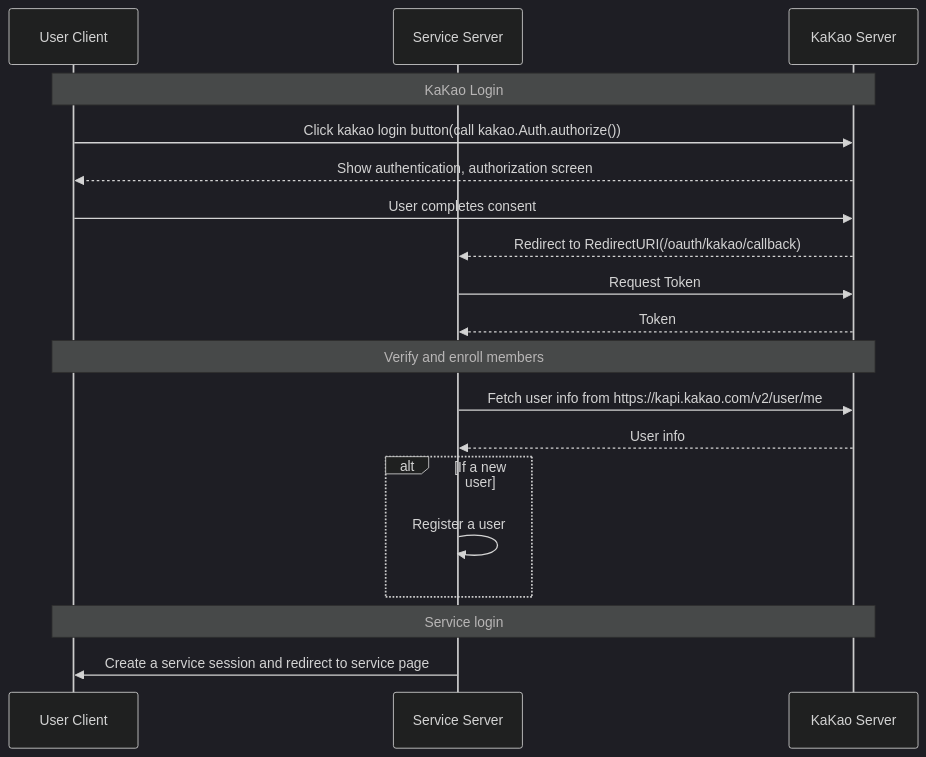
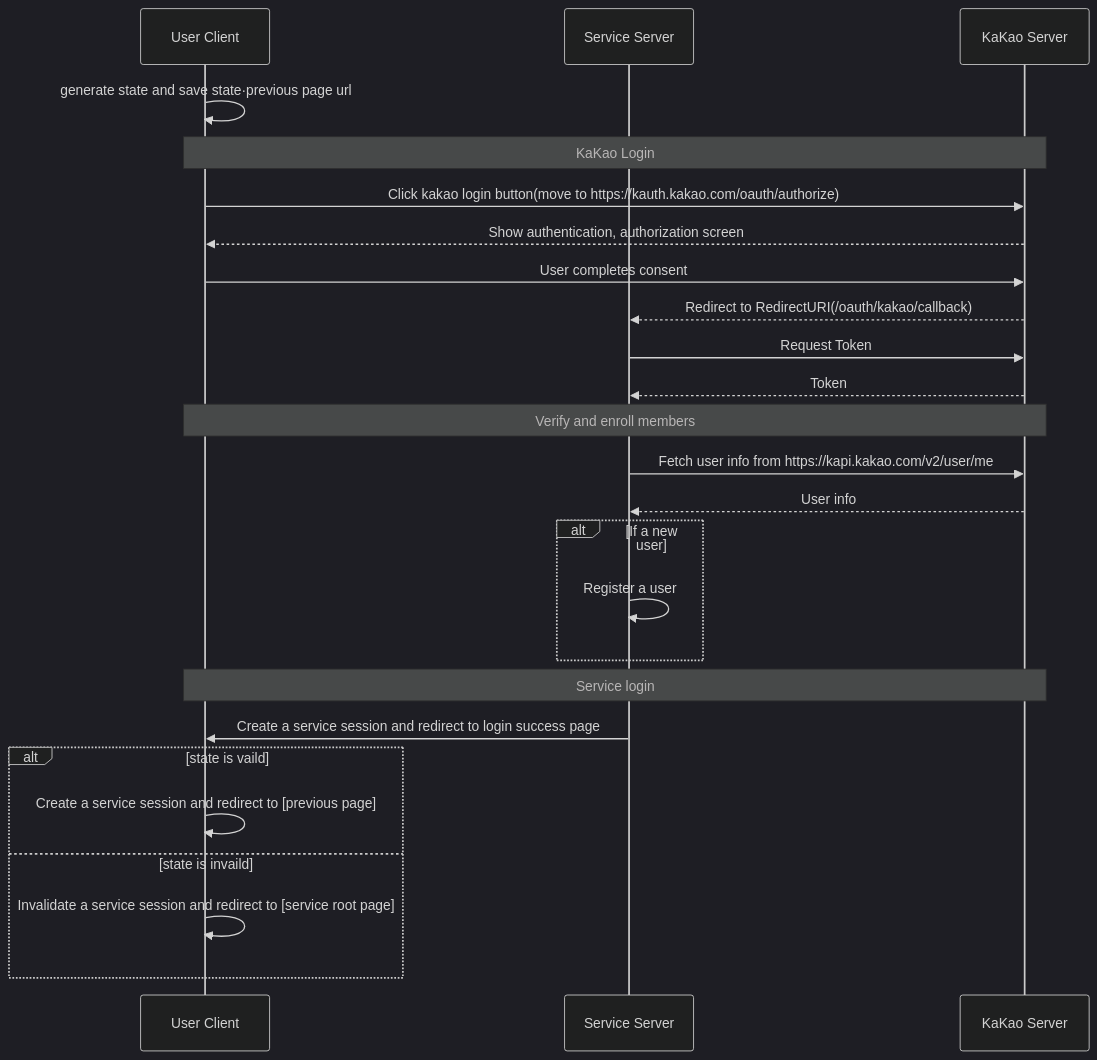
The diagram in README.md (qaws7791/next-kakao-login), drawn with Mermaid (dark theme) before and after one commit. The commit also changed other lines of this file, not shown here.

````diff
--- a/README.md
+++ b/README.md
@@ -24,21 +27,27 @@
 ```mermaid
 sequenceDiagram
     participant Client as User Client
     participant Server as Service Server
     participant KaKao as KaKao Server
+    Client->>Client: generate state and save state·previous page url
     Note over Client,KaKao: KaKao Login
-    Client->>KaKao: Click kakao login button(call kakao.Auth.authorize())
+    Client->>KaKao: Click kakao login button(move to https://kauth.kakao.com/oauth/authorize)
     KaKao-->>Client: Show authentication, authorization screen
     Client->>KaKao: User completes consent
     KaKao-->>Server: Redirect to RedirectURI(/oauth/kakao/callback)
     Server->>KaKao: Request Token
     KaKao-->>Server: Token
     Note over Client,KaKao: Verify and enroll members
     Server->>KaKao: Fetch user info from https://kapi.kakao.com/v2/user/me
     KaKao-->>Server: User info
     alt If a new user
         Server->>Server: Register a user
     end
     Note over Client,KaKao: Service login
-    Server->>Client: Create a service session and redirect to service page
+    Server->>Client: Create a service session and redirect to login success page
+    alt state is vaild
+    Client->>Client: Create a service session and redirect to [previous page]
+    else state is invaild
+    Client->>Client: Invalidate a service session and redirect to [service root page]
+    end
 ```
````
